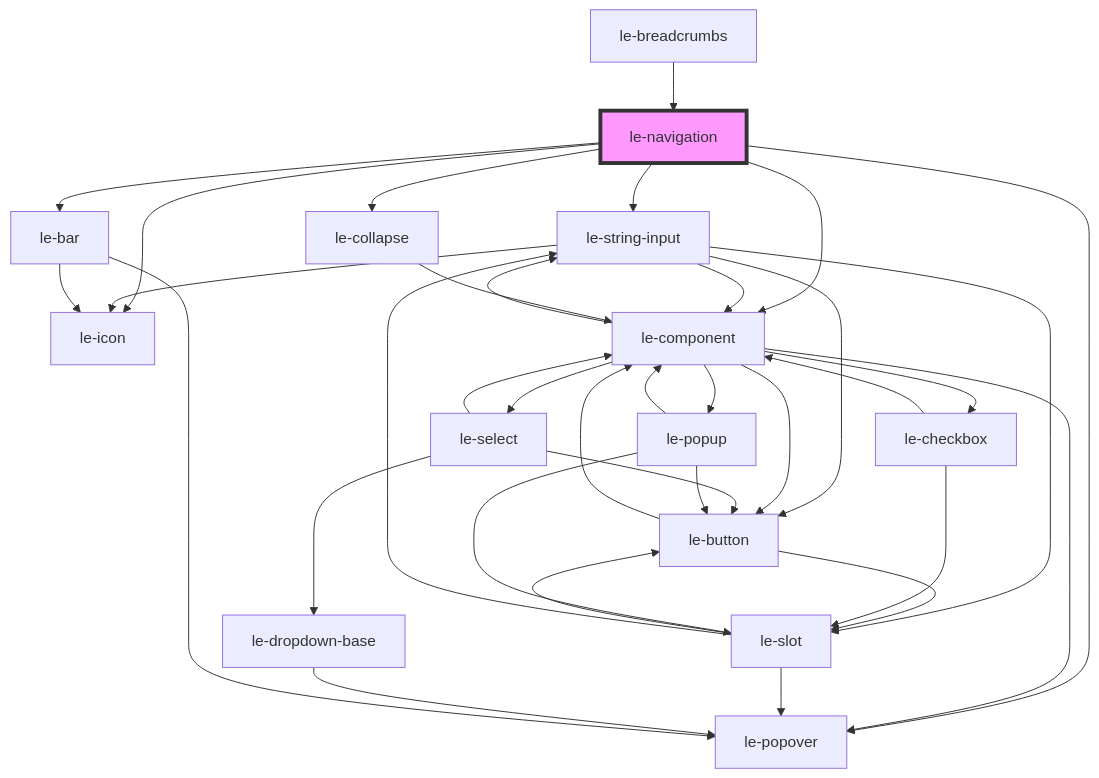
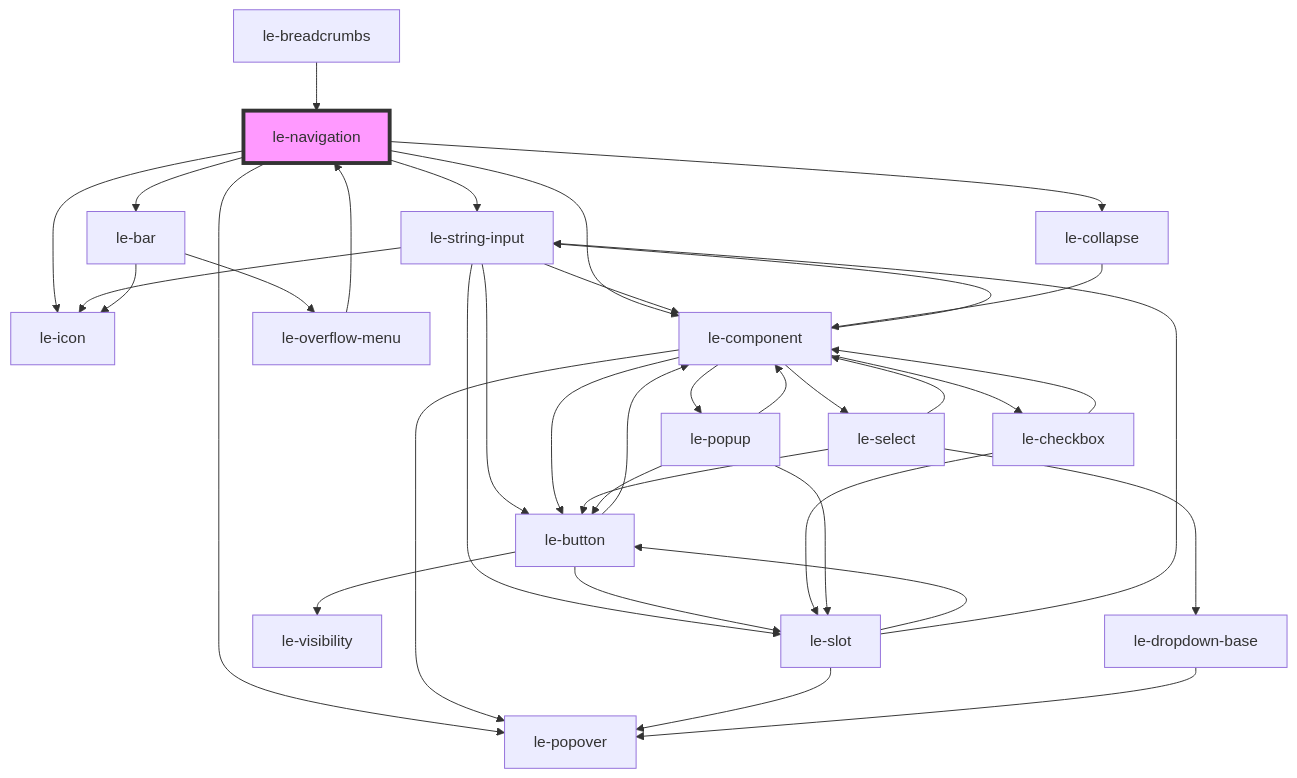
Before and after one commit to leechy/le-kit: the diagram in packages/core/src/components/le-navigation/readme.md, drawn with Mermaid. The commit also changed other lines of this file and 34 other files, not shown here.

````diff
--- a/packages/core/src/components/le-navigation/readme.md
+++ b/packages/core/src/components/le-navigation/readme.md
@@ -65,38 +66,40 @@
 ```mermaid
 graph TD;
   le-navigation --> le-string-input
   le-navigation --> le-icon
   le-navigation --> le-collapse
   le-navigation --> le-popover
   le-navigation --> le-bar
   le-navigation --> le-component
   le-string-input --> le-component
   le-string-input --> le-button
   le-string-input --> le-icon
   le-string-input --> le-slot
   le-component --> le-button
   le-component --> le-select
   le-component --> le-checkbox
   le-component --> le-string-input
   le-component --> le-popover
   le-component --> le-popup
+  le-button --> le-visibility
   le-button --> le-component
   le-button --> le-slot
   le-slot --> le-popover
   le-slot --> le-button
   le-slot --> le-string-input
   le-select --> le-component
   le-select --> le-dropdown-base
   le-select --> le-button
   le-dropdown-base --> le-popover
   le-checkbox --> le-component
   le-checkbox --> le-slot
   le-popup --> le-slot
   le-popup --> le-button
   le-popup --> le-component
   le-collapse --> le-component
   le-bar --> le-icon
-  le-bar --> le-popover
+  le-bar --> le-overflow-menu
+  le-overflow-menu --> le-navigation
   le-breadcrumbs --> le-navigation
   style le-navigation fill:#f9f,stroke:#333,stroke-width:4px
 ```
````
